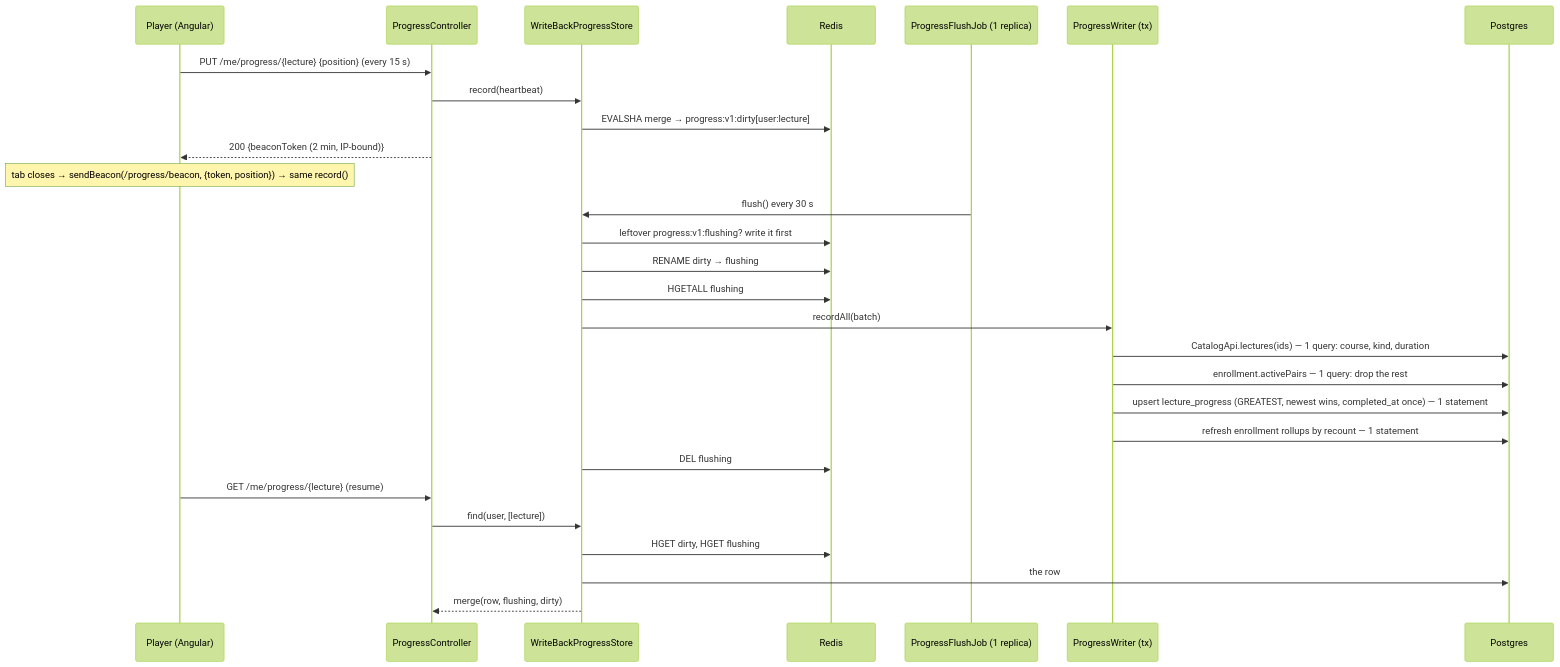
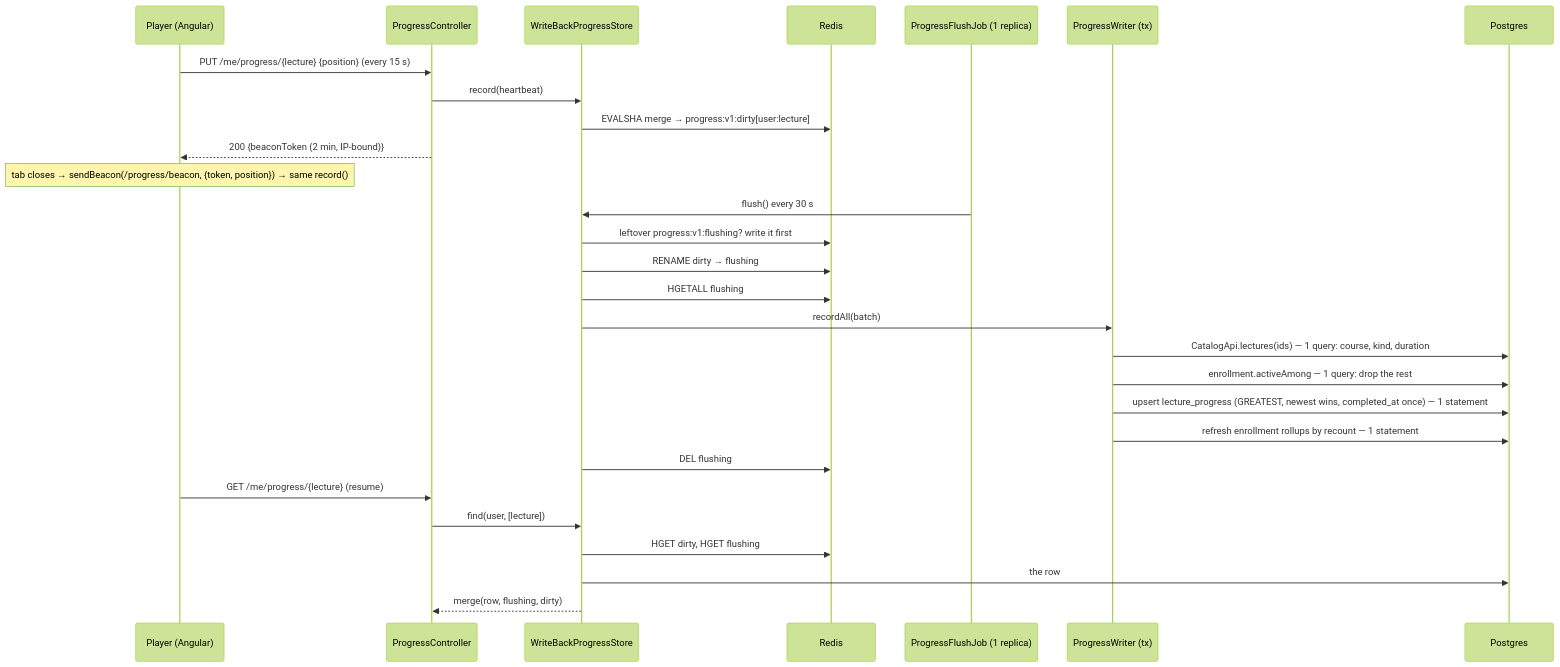
One commit to b-nimai/Masternova-Spring changed the third of 3 diagrams in docs/lld/progress.md. Above: the diagram before and after it, drawn with Mermaid (forest theme). The commit also changed other lines of this file and 40 other files, not shown here.

````diff
--- a/docs/lld/progress.md
+++ b/docs/lld/progress.md
@@ -154,30 +154,30 @@
 ```mermaid
 sequenceDiagram
   participant B as Player (Angular)
   participant H as ProgressController
   participant W as WriteBackProgressStore
   participant R as Redis
   participant F as ProgressFlushJob (1 replica)
   participant PW as ProgressWriter (tx)
   participant DB as Postgres
   B->>H: PUT /me/progress/{lecture} {position} (every 15 s)
   H->>W: record(heartbeat)
   W->>R: EVALSHA merge → progress:v1:dirty[user:lecture]
   H-->>B: 200 {beaconToken (2 min, IP-bound)}
   Note over B: tab closes → sendBeacon(/progress/beacon, {token, position}) → same record()
   F->>W: flush() every 30 s
   W->>R: leftover progress:v1:flushing? write it first
   W->>R: RENAME dirty → flushing
   W->>R: HGETALL flushing
   W->>PW: recordAll(batch)
   PW->>DB: CatalogApi.lectures(ids) — 1 query: course, kind, duration
-  PW->>DB: enrollment.activePairs — 1 query: drop the rest
+  PW->>DB: enrollment.activeAmong — 1 query: drop the rest
   PW->>DB: upsert lecture_progress (GREATEST, newest wins, completed_at once) — 1 statement
   PW->>DB: refresh enrollment rollups by recount — 1 statement
   W->>R: DEL flushing
   B->>H: GET /me/progress/{lecture} (resume)
   H->>W: find(user, [lecture])
   W->>R: HGET dirty, HGET flushing
   W->>DB: the row
   W-->>H: merge(row, flushing, dirty)
 ```
````
